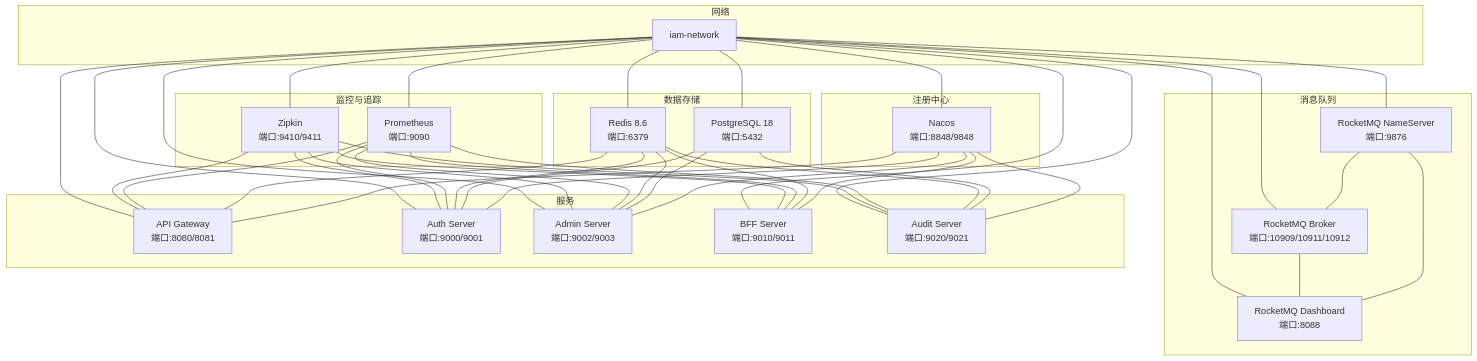
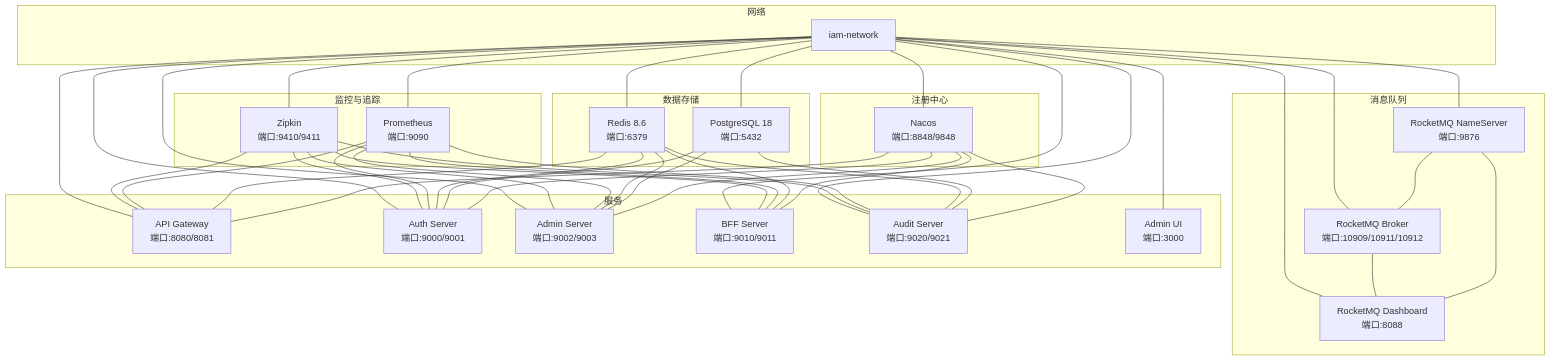
The second of 4 diagrams in .qoder/repowiki/zh/content/开发指南/开发环境搭建/开发环境搭建.md (fq0121104930716/iam-platform), drawn with Mermaid before and after one commit. The commit also changed other lines of this file and 6 other files, not shown here.

````diff
--- a/.qoder/repowiki/zh/content/开发指南/开发环境搭建/开发环境搭建.md
+++ b/.qoder/repowiki/zh/content/开发指南/开发环境搭建/开发环境搭建.md
@@ -109,68 +128,70 @@
 ```mermaid
 graph TB
 subgraph "网络"
 NET["iam-network"]
 end
 subgraph "注册中心"
 NACOS["Nacos<br/>端口:8848/9848"]
 end
 subgraph "数据存储"
 PG["PostgreSQL 18<br/>端口:5432"]
 RD["Redis 8.6<br/>端口:6379"]
 end
 subgraph "监控与追踪"
 PROM["Prometheus<br/>端口:9090"]
 ZIP["Zipkin<br/>端口:9410/9411"]
 end
 subgraph "消息队列"
 RMQ_NS["RocketMQ NameServer<br/>端口:9876"]
 RMQ_BROKER["RocketMQ Broker<br/>端口:10909/10911/10912"]
 RMQ_DASHBOARD["RocketMQ Dashboard<br/>端口:8088"]
 end
 subgraph "服务"
 GW["API Gateway<br/>端口:8080/8081"]
 AUTH["Auth Server<br/>端口:9000/9001"]
 ADMIN["Admin Server<br/>端口:9002/9003"]
 BFF["BFF Server<br/>端口:9010/9011"]
 AUDIT["Audit Server<br/>端口:9020/9021"]
+UI["Admin UI<br/>端口:3000"]
 end
 NACOS --- GW
 NACOS --- AUTH
 NACOS --- ADMIN
 NACOS --- BFF
 NACOS --- AUDIT
 PG --- AUTH
 PG --- ADMIN
 PG --- AUDIT
 RD --- GW
 RD --- AUTH
 RD --- ADMIN
 RD --- BFF
 RD --- AUDIT
 PROM --- GW
 PROM --- AUTH
 PROM --- ADMIN
 PROM --- BFF
 PROM --- AUDIT
 ZIP --- GW
 ZIP --- AUTH
 ZIP --- ADMIN
 ZIP --- BFF
 ZIP --- AUDIT
 RMQ_NS --- RMQ_BROKER
 RMQ_NS --- RMQ_DASHBOARD
 RMQ_BROKER --- RMQ_DASHBOARD
 NET --- NACOS
 NET --- PG
 NET --- RD
 NET --- PROM
 NET --- ZIP
 NET --- RMQ_NS
 NET --- RMQ_BROKER
 NET --- RMQ_DASHBOARD
 NET --- GW
 NET --- AUTH
 NET --- ADMIN
 NET --- BFF
 NET --- AUDIT
+NET --- UI
 ```
````
